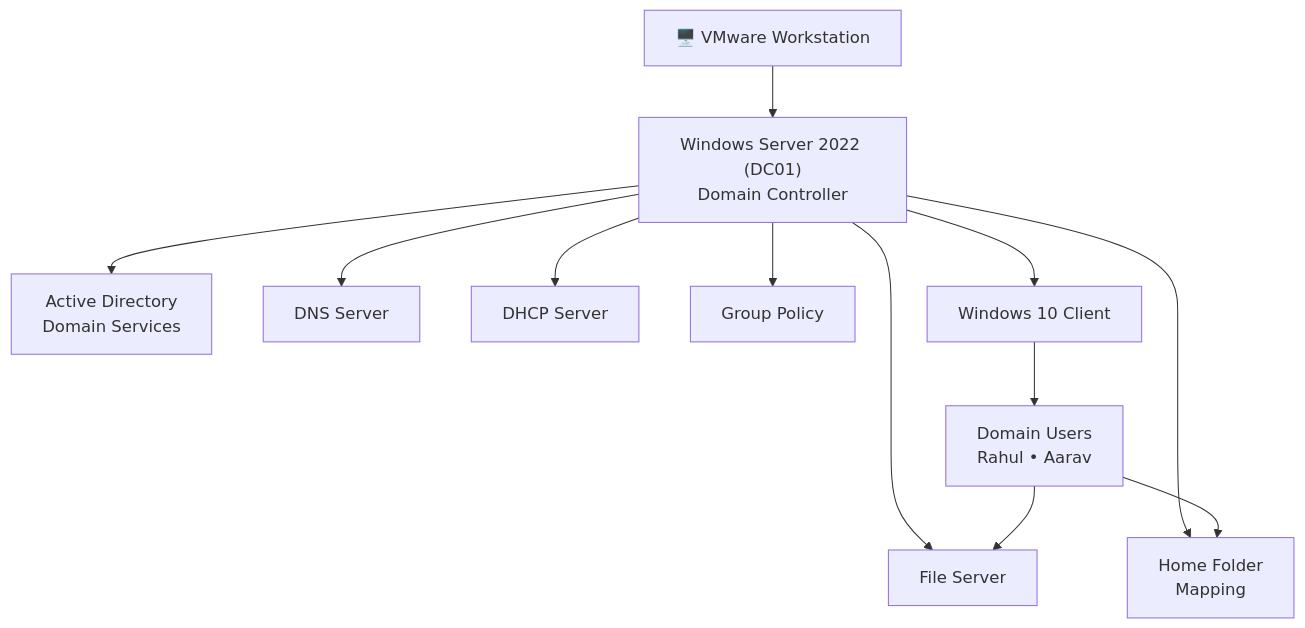
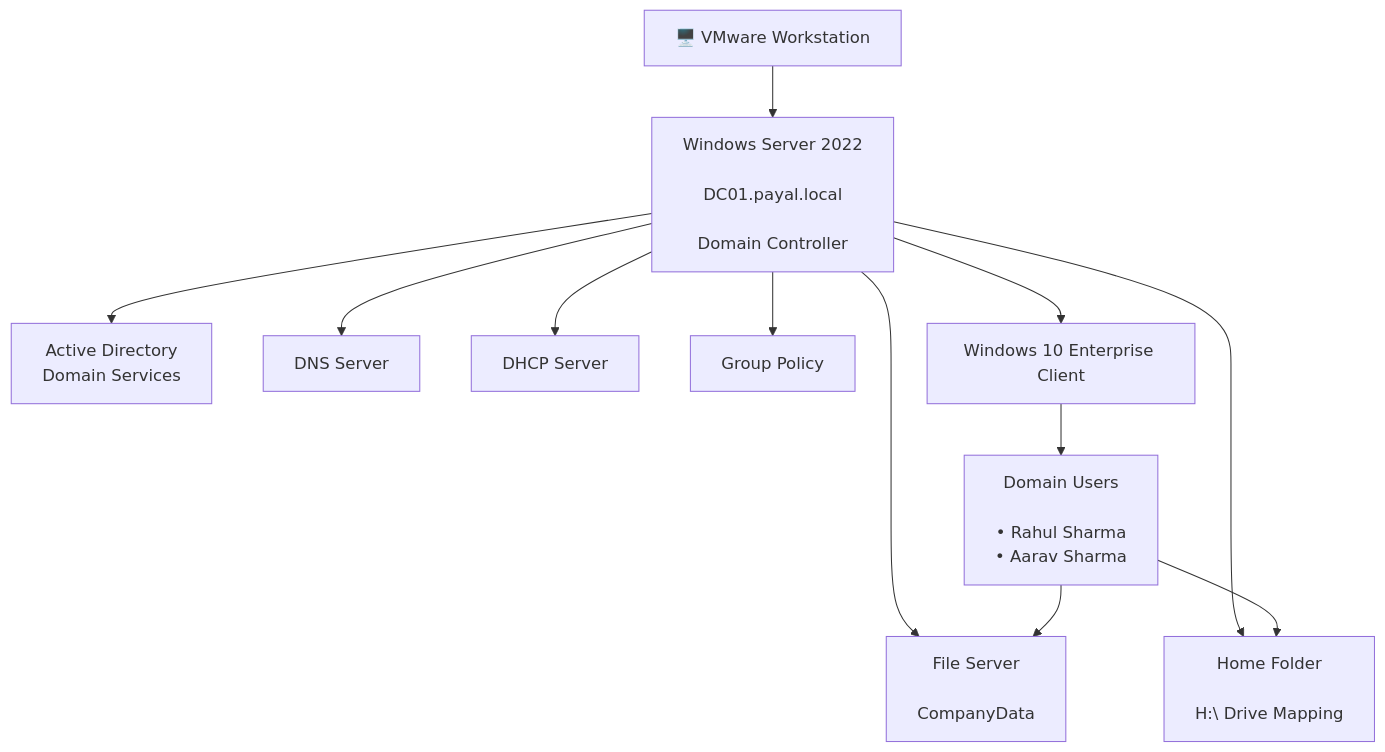
One commit to payal177/Active-Directory-Lab- changed the diagram in Architecture/Architecture-Diagram.md. Above: the diagram before and after it, drawn with Mermaid.

````diff
--- a/Architecture/Architecture-Diagram.md
+++ b/Architecture/Architecture-Diagram.md
@@ -3,40 +3,51 @@
 ```mermaid
 flowchart TB
 
     VM["🖥️ VMware Workstation"]
 
-    DC["Windows Server 2022 (DC01)<br/>Domain Controller"]
+    DC["Windows Server 2022
+
+DC01.payal.local
+
+Domain Controller"]
 
     AD["Active Directory<br/>Domain Services"]
 
     DNS["DNS Server"]
 
     DHCP["DHCP Server"]
 
     GPO["Group Policy"]
 
-    FS["File Server"]
+    FS["File Server
 
-    HF["Home Folder<br/>Mapping"]
+CompanyData"]
 
-    CLIENT["Windows 10 Client"]
+    HF["Home Folder
 
-    USER["Domain Users<br/>Rahul • Aarav"]
+H:\ Drive Mapping"]
+
+    CLIENT["Windows 10 Enterprise Client"]
+
+    USER["Domain Users
+
+• Rahul Sharma
+• Aarav Sharma"]
 
     VM --> DC
 
     DC --> AD
     DC --> DNS
     DC --> DHCP
     DC --> GPO
     DC --> FS
     DC --> HF
 
     DC --> CLIENT
 
     CLIENT --> USER
 
     USER --> FS
 
     USER --> HF
 ```
````
